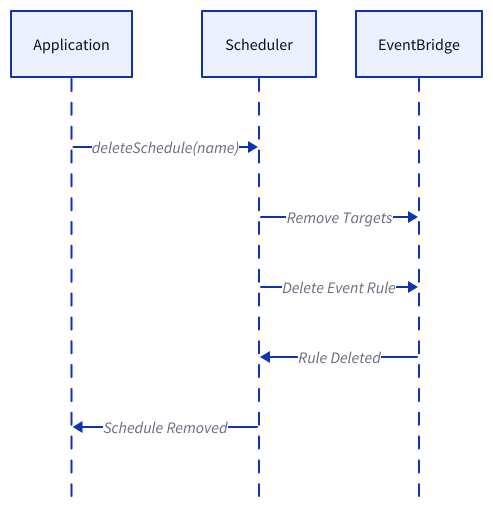
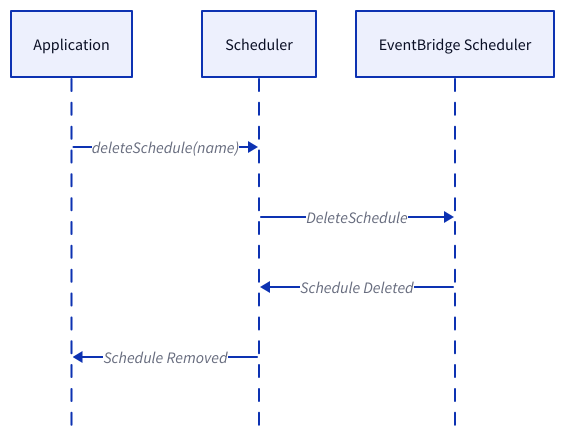
The third of 4 diagrams in packages/doc/docs-framework/runtime-components/scheduler.md (ReventlessDev/reventless-core), drawn with D2 before and after one commit. The commit also changed other lines of this file and 66 other files, not shown here.

First line of the commit message:
feat!: schedules take a Schedule.time, run on EventBridge Scheduler on AWS

````diff
--- a/packages/doc/docs-framework/runtime-components/scheduler.md
+++ b/packages/doc/docs-framework/runtime-components/scheduler.md
@@ -141,13 +159,12 @@
 ```d2
 shape: sequence_diagram
 
 App: Application { class: external-system }
 Sched: Scheduler { class: scheduler }
-CW: EventBridge { class: aws-service }
+CW: EventBridge Scheduler { class: aws-service }
 
 App -> Sched: "deleteSchedule(name)"
-Sched -> CW: Remove Targets
-Sched -> CW: Delete Event Rule
-CW --> Sched: Rule Deleted
+Sched -> CW: DeleteSchedule
+CW --> Sched: Schedule Deleted
 Sched --> App: Schedule Removed
 ```
````
